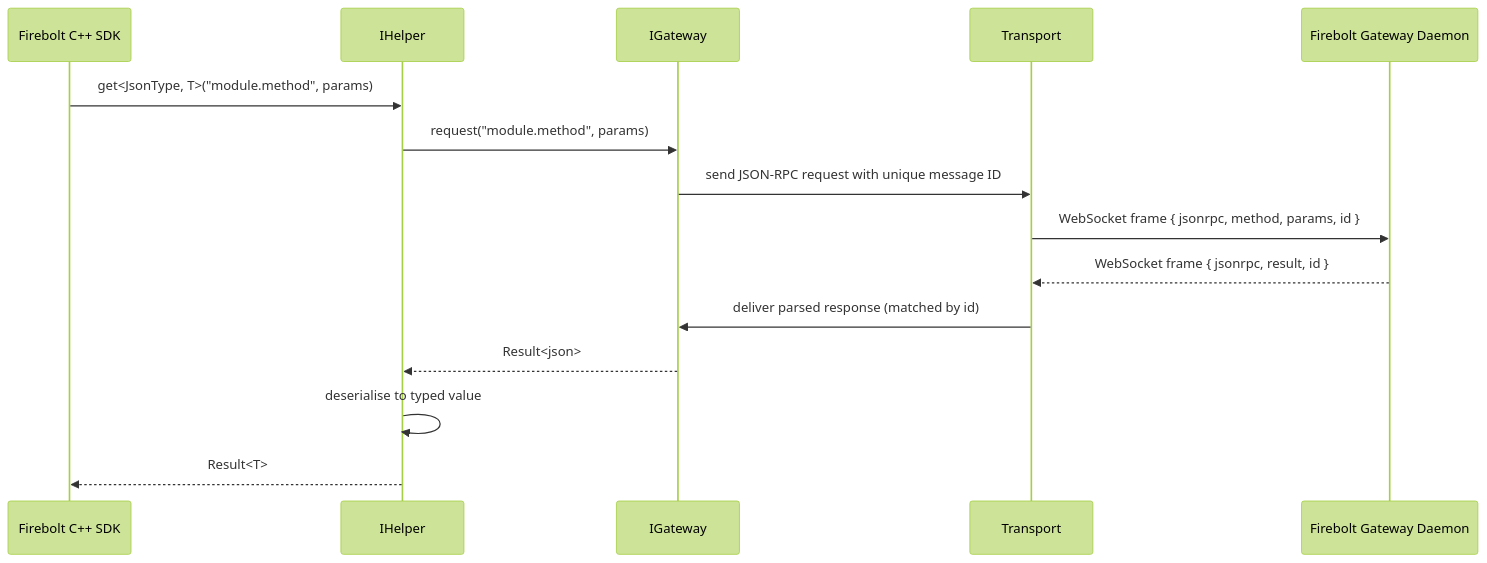
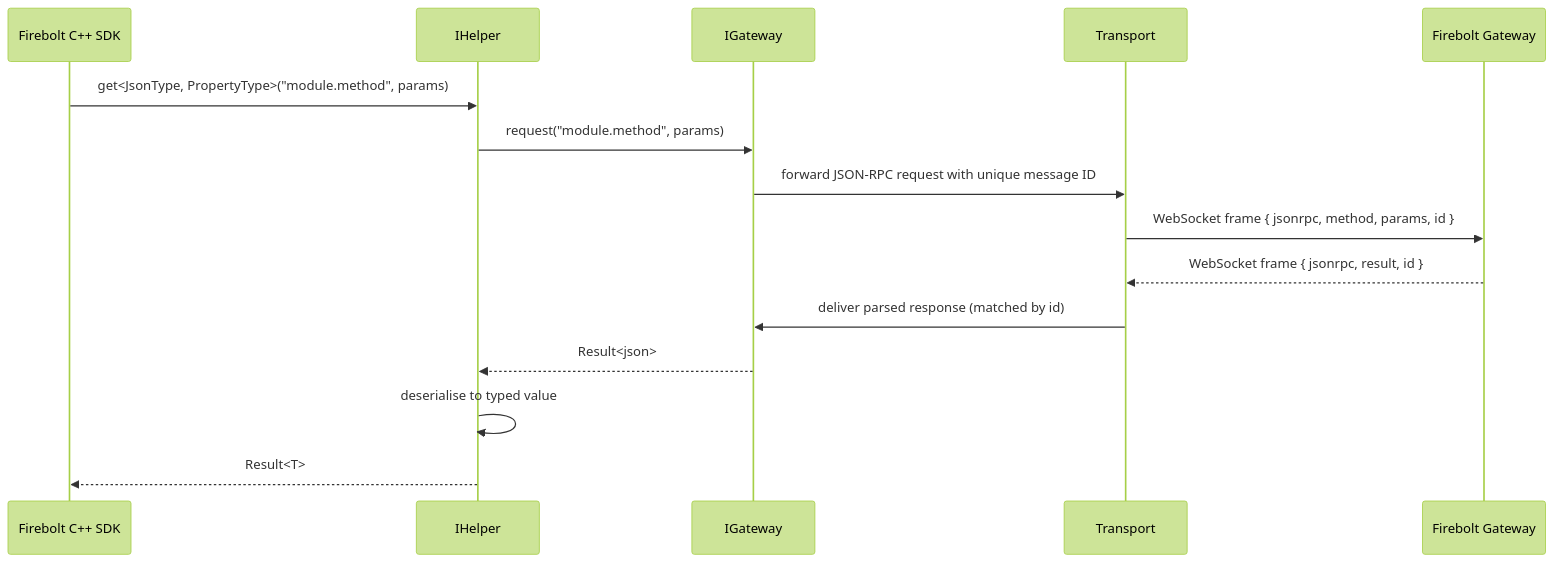
Before and after one commit to rdkcentral/firebolt-cpp-transport: the fifth of 7 diagrams in docs/README.md, drawn with Mermaid (forest theme). The commit also changed other lines of this file, not shown here.

````diff
--- a/docs/README.md
+++ b/docs/README.md
@@ -194,18 +186,18 @@
 ```mermaid
 sequenceDiagram
     participant SDK as Firebolt C++ SDK
     participant IH as IHelper
     participant IGW as IGateway
     participant TP as Transport
-    participant FGW as Firebolt Gateway Daemon
+    participant FGW as Firebolt Gateway
 
-    SDK->>IH: get<JsonType, T>("module.method", params)
+    SDK->>IH: get<JsonType, PropertyType>("module.method", params)
     IH->>IGW: request("module.method", params)
-    IGW->>TP: send JSON-RPC request with unique message ID
+    IGW->>TP: forward JSON-RPC request with unique message ID
     TP->>FGW: WebSocket frame { jsonrpc, method, params, id }
     FGW-->>TP: WebSocket frame { jsonrpc, result, id }
     TP->>IGW: deliver parsed response (matched by id)
     IGW-->>IH: Result<json>
     IH->>IH: deserialise to typed value
     IH-->>SDK: Result<T>
 ```
````
